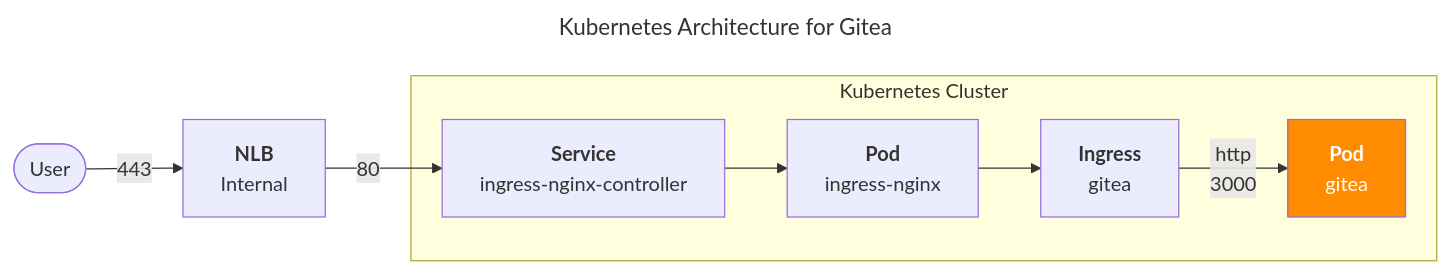
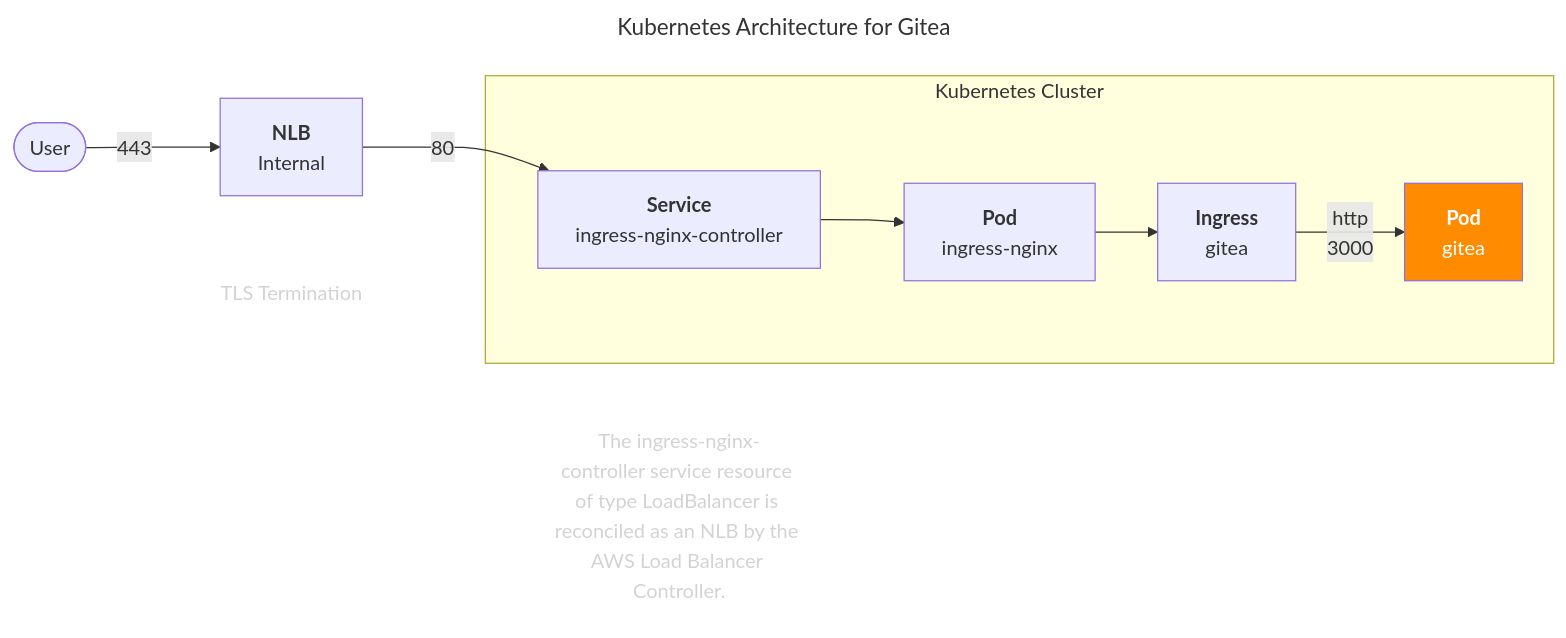
The first of 2 diagrams in content/blog/gitea-context-canceled-ts/index.md (younsl/younsl.github.io), drawn with Mermaid before and after one commit. The commit also changed other lines of this file, not shown here.

Commit message:
chore: Update architecture

````diff
--- a/content/blog/gitea-context-canceled-ts/index.md
+++ b/content/blog/gitea-context-canceled-ts/index.md
@@ -14,24 +14,32 @@
 ```mermaid
 ---
 title: Kubernetes Architecture for Gitea
 ---
 flowchart LR
   u(["User"])
   n["`**NLB**
   Internal`"]
   subgraph k8s["Kubernetes Cluster"]
     si["`**Service**
     ingress-nginx-controller`"]
     pi["`**Pod**
     ingress-nginx`"]
     ig["`**Ingress**
     gitea`"]
     pg["`**Pod**
     gitea`"]
   end
 
   u --443--> n --80--> si --> pi --> ig --"`http
   3000`"--> pg
 
+  note1["TLS Termination"]
+  note2["The ingress-nginx-controller service resource of type LoadBalancer is reconciled as an NLB by the AWS Load Balancer Controller."]
+  
+  note1 ~~~ k8s
+  note2 ~~~ pi
+
   style pg fill:darkorange, color:white
+  style note1 fill:transparent, color:lightgray, stroke: transparent
+  style note2 fill:transparent, color:lightgray, stroke: transparent
 ```
````
